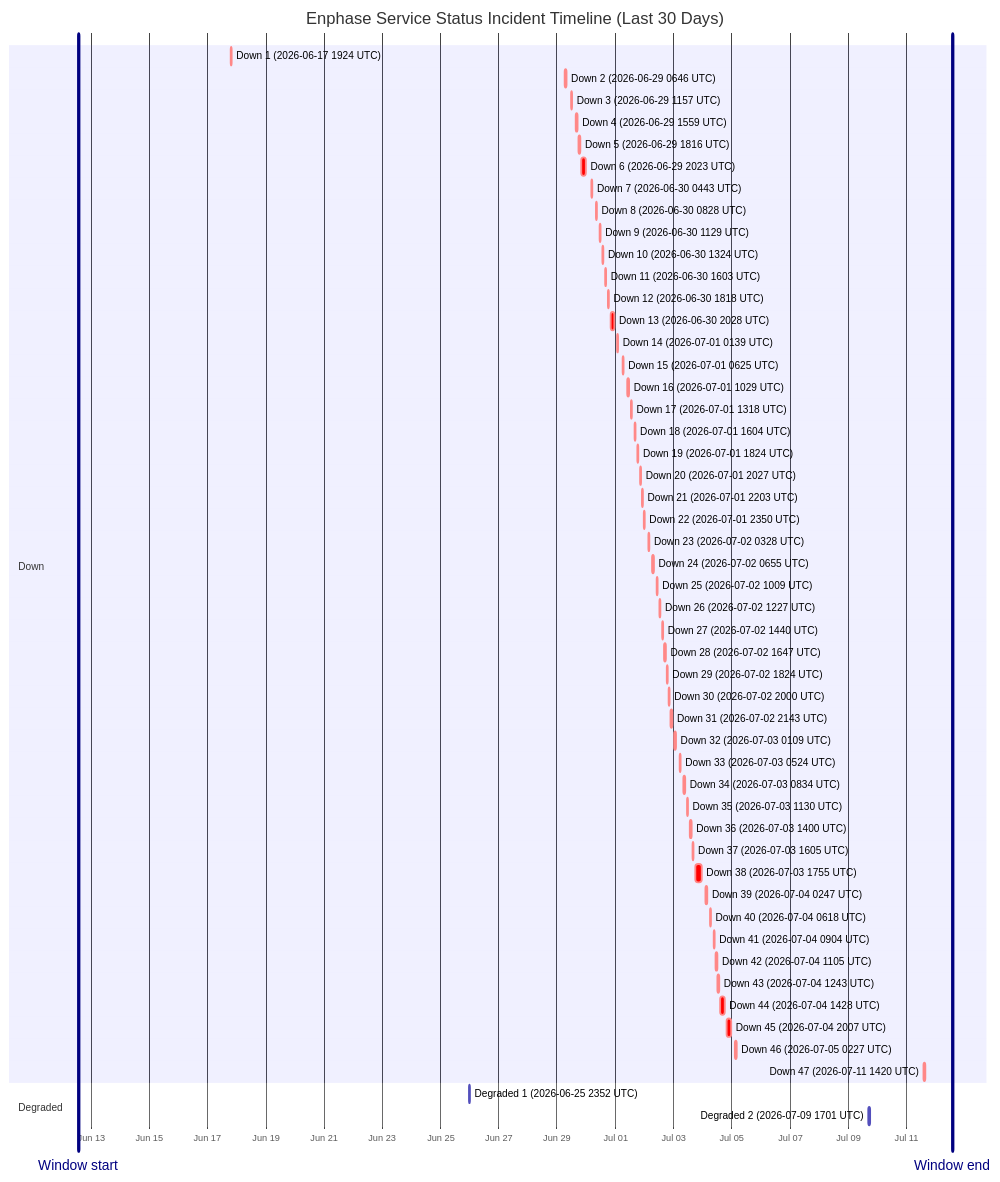
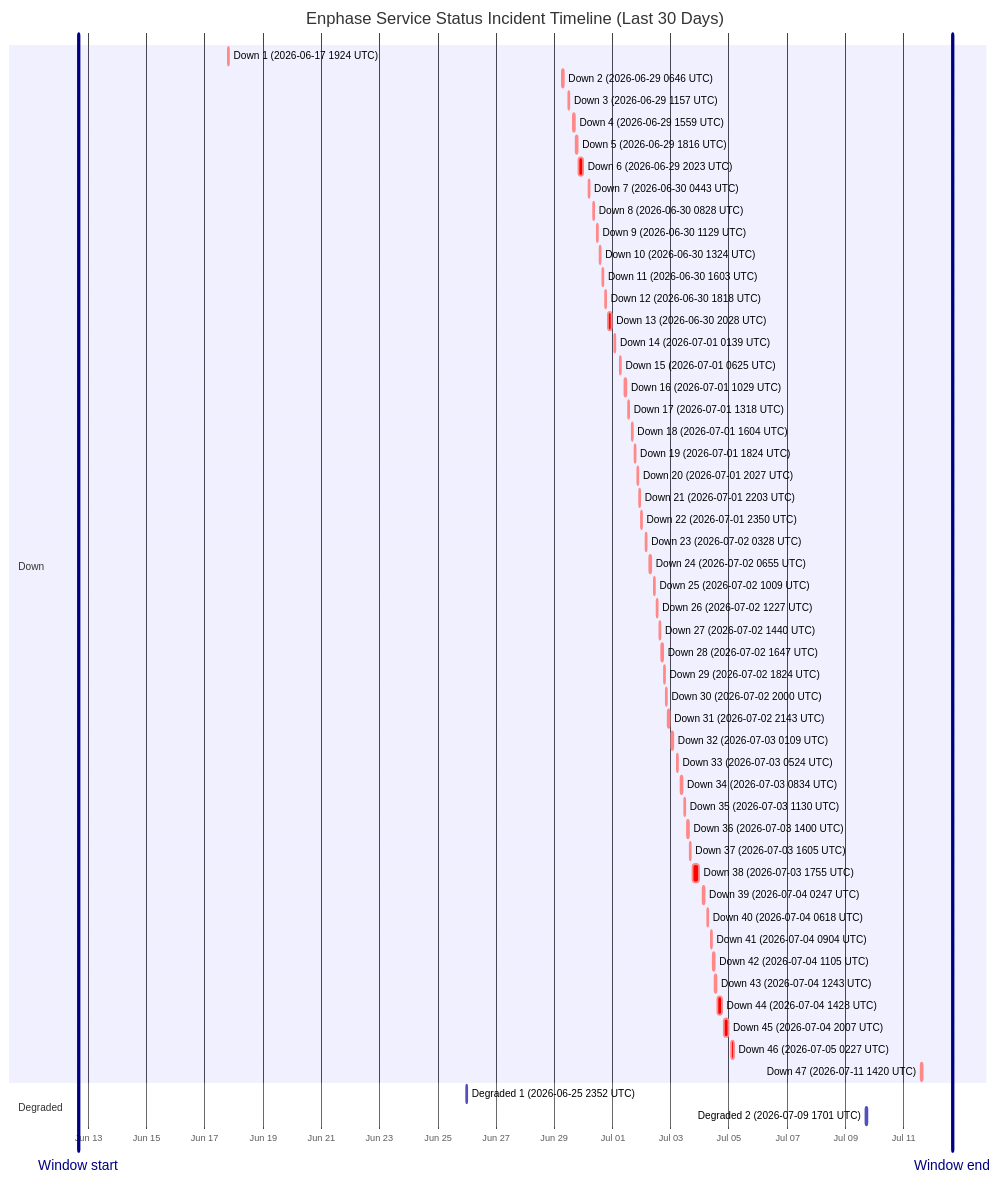
Before and after one commit to barneyonline/ha-enphase-energy: the diagram in wiki/Service-Status-History.md, drawn with Mermaid. The commit also changed other lines of this file and 3 other files, not shown here.

````diff
--- a/wiki/Service-Status-History.md
+++ b/wiki/Service-Status-History.md
@@ -14,59 +14,59 @@
 ```mermaid
 gantt
     title Enphase Service Status Incident Timeline (Last 30 Days)
     dateFormat  YYYY-MM-DDTHH:mm:ss
     axisFormat  %b %d
-    Window start :vert, window-start, 2026-06-12T13:41:23, 0ms
-    Window end :vert, window-end, 2026-07-12T13:41:23, 0ms
+    Window start :vert, window-start, 2026-06-12T15:58:32, 0ms
+    Window end :vert, window-end, 2026-07-12T15:58:32, 0ms
     section Down
     Down 1 (2026-06-17 1924 UTC) :crit, down-1, 2026-06-17T19:24:51, 60m
     Down 2 (2026-06-29 0646 UTC) :crit, down-2, 2026-06-29T06:46:18, 60m
     Down 3 (2026-06-29 1157 UTC) :crit, down-3, 2026-06-29T11:57:36, 60m
     Down 4 (2026-06-29 1559 UTC) :crit, down-4, 2026-06-29T15:59:02, 60m
     Down 5 (2026-06-29 1816 UTC) :crit, down-5, 2026-06-29T18:16:38, 60m
     Down 6 (2026-06-29 2023 UTC) :crit, down-6, 2026-06-29T20:23:16, 220m
     Down 7 (2026-06-30 0443 UTC) :crit, down-7, 2026-06-30T04:43:54, 60m
     Down 8 (2026-06-30 0828 UTC) :crit, down-8, 2026-06-30T08:28:43, 60m
     Down 9 (2026-06-30 1129 UTC) :crit, down-9, 2026-06-30T11:29:15, 60m
     Down 10 (2026-06-30 1324 UTC) :crit, down-10, 2026-06-30T13:24:25, 60m
     Down 11 (2026-06-30 1603 UTC) :crit, down-11, 2026-06-30T16:03:26, 60m
     Down 12 (2026-06-30 1818 UTC) :crit, down-12, 2026-06-30T18:18:39, 60m
     Down 13 (2026-06-30 2028 UTC) :crit, down-13, 2026-06-30T20:28:54, 171m
     Down 14 (2026-07-01 0139 UTC) :crit, down-14, 2026-07-01T01:39:18, 60m
     Down 15 (2026-07-01 0625 UTC) :crit, down-15, 2026-07-01T06:25:35, 60m
     Down 16 (2026-07-01 1029 UTC) :crit, down-16, 2026-07-01T10:29:24, 60m
     Down 17 (2026-07-01 1318 UTC) :crit, down-17, 2026-07-01T13:18:31, 60m
     Down 18 (2026-07-01 1604 UTC) :crit, down-18, 2026-07-01T16:04:29, 60m
     Down 19 (2026-07-01 1824 UTC) :crit, down-19, 2026-07-01T18:24:21, 60m
     Down 20 (2026-07-01 2027 UTC) :crit, down-20, 2026-07-01T20:27:17, 60m
     Down 21 (2026-07-01 2203 UTC) :crit, down-21, 2026-07-01T22:03:46, 60m
     Down 22 (2026-07-01 2350 UTC) :crit, down-22, 2026-07-01T23:50:52, 60m
     Down 23 (2026-07-02 0328 UTC) :crit, down-23, 2026-07-02T03:28:33, 60m
     Down 24 (2026-07-02 0655 UTC) :crit, down-24, 2026-07-02T06:55:07, 60m
     Down 25 (2026-07-02 1009 UTC) :crit, down-25, 2026-07-02T10:09:15, 60m
     Down 26 (2026-07-02 1227 UTC) :crit, down-26, 2026-07-02T12:27:49, 60m
     Down 27 (2026-07-02 1440 UTC) :crit, down-27, 2026-07-02T14:40:53, 60m
     Down 28 (2026-07-02 1647 UTC) :crit, down-28, 2026-07-02T16:47:47, 60m
     Down 29 (2026-07-02 1824 UTC) :crit, down-29, 2026-07-02T18:24:26, 60m
     Down 30 (2026-07-02 2000 UTC) :crit, down-30, 2026-07-02T20:00:57, 60m
     Down 31 (2026-07-02 2143 UTC) :crit, down-31, 2026-07-02T21:43:52, 80m
     Down 32 (2026-07-03 0109 UTC) :crit, down-32, 2026-07-03T01:09:19, 60m
     Down 33 (2026-07-03 0524 UTC) :crit, down-33, 2026-07-03T05:24:23, 60m
     Down 34 (2026-07-03 0834 UTC) :crit, down-34, 2026-07-03T08:34:05, 60m
     Down 35 (2026-07-03 1130 UTC) :crit, down-35, 2026-07-03T11:30:41, 60m
     Down 36 (2026-07-03 1400 UTC) :crit, down-36, 2026-07-03T14:00:48, 60m
     Down 37 (2026-07-03 1605 UTC) :crit, down-37, 2026-07-03T16:05:49, 60m
     Down 38 (2026-07-03 1755 UTC) :crit, down-38, 2026-07-03T17:55:54, 338m
     Down 39 (2026-07-04 0247 UTC) :crit, down-39, 2026-07-04T02:47:22, 60m
     Down 40 (2026-07-04 0618 UTC) :crit, down-40, 2026-07-04T06:18:09, 60m
     Down 41 (2026-07-04 0904 UTC) :crit, down-41, 2026-07-04T09:04:41, 60m
     Down 42 (2026-07-04 1105 UTC) :crit, down-42, 2026-07-04T11:05:21, 60m
     Down 43 (2026-07-04 1243 UTC) :crit, down-43, 2026-07-04T12:43:25, 60m
     Down 44 (2026-07-04 1428 UTC) :crit, down-44, 2026-07-04T14:28:07, 243m
     Down 45 (2026-07-04 2007 UTC) :crit, down-45, 2026-07-04T20:07:50, 206m
     Down 46 (2026-07-05 0227 UTC) :crit, down-46, 2026-07-05T02:27:32, 109m
     Down 47 (2026-07-11 1420 UTC) :crit, down-47, 2026-07-11T14:20:54, 69m
     section Degraded
     Degraded 1 (2026-06-25 2352 UTC) :active, degraded-1, 2026-06-25T23:52:01, 60m
     Degraded 2 (2026-07-09 1701 UTC) :active, degraded-2, 2026-07-09T17:01:02, 60m
 ```
````
